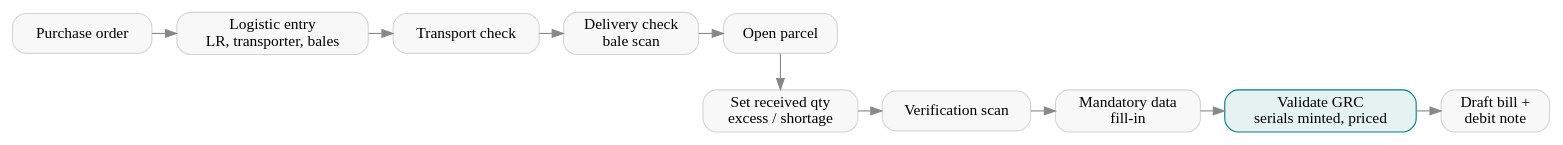
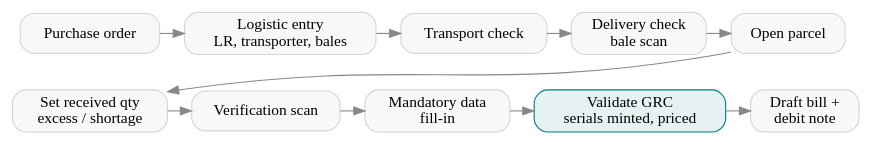
One commit to metalogicdigital/erp-docs changed the diagram in content/case_studies/retail/grc.rst. Above: the diagram before and after it, drawn with Graphviz. The commit also changed 3 other files, not shown here.

Commit message:
Align wrapped diagram rows under the first row

```diff
--- a/content/case_studies/retail/grc.rst
+++ b/content/case_studies/retail/grc.rst
@@ -10,23 +10,24 @@
 .. graphviz::
    :caption: Inbound flow at the head office
 
    digraph g {
       rankdir=TB; nodesep=0.3; ranksep=0.45;
       node [shape=box, style="rounded,filled", fillcolor="#F8F8F8", color="#D5D5D5"];
       edge [color="#888888"];
       { rank=same;
         po [label="Purchase order"];
         le [label="Logistic entry\nLR, transporter, bales"];
         tc [label="Transport check"];
         dc [label="Delivery check\nbale scan"];
         op [label="Open parcel"]; }
       { rank=same;
         rq [label="Set received qty\nexcess / shortage"];
         vs [label="Verification scan"];
         md [label="Mandatory data\nfill-in"];
         val [label="Validate GRC\nserials minted, priced", fillcolor="#e6f2f2", color="#017e84"];
         bill [label="Draft bill +\ndebit note"]; }
       po -> le -> tc -> dc -> op;
-      op -> rq;
+      op -> rq [constraint=false];
+      po -> rq [style=invis];
       rq -> vs -> md -> val -> bill;
    }
```
